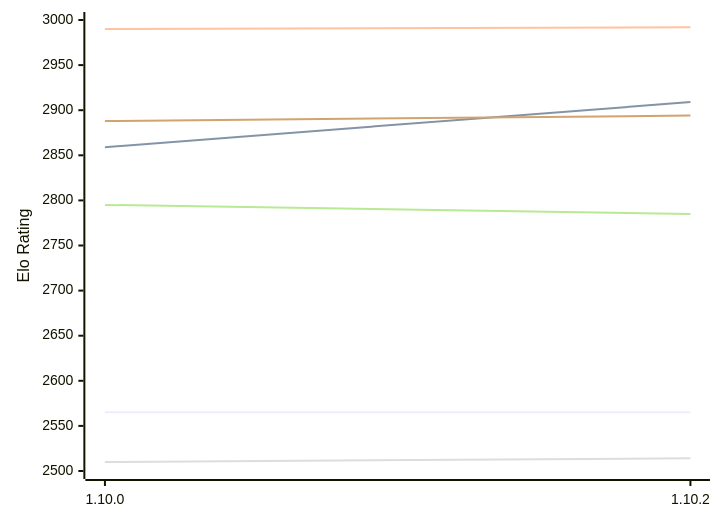
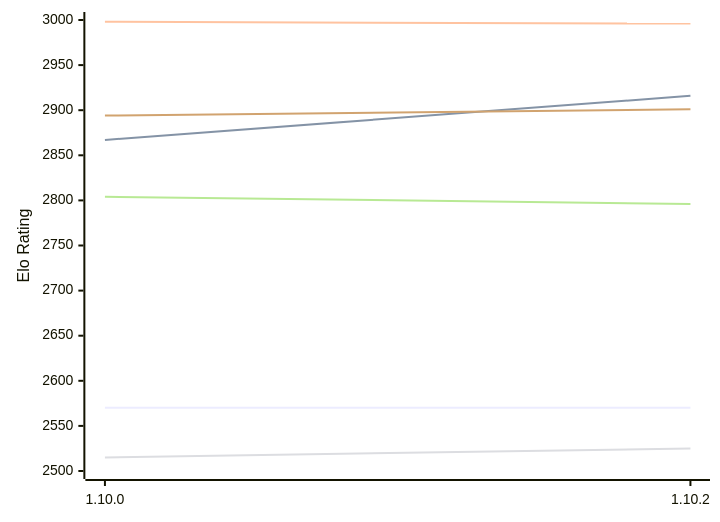
The first of 2 diagrams in engines/Basilisk.md (computer-chess-index/cci), drawn with Mermaid before and after one commit. The commit also changed other lines of this file, not shown here.

Commit message:
Update CCI Ratings (ELO VLTC) - 2026-11-16

````diff
--- a/engines/Basilisk.md
+++ b/engines/Basilisk.md
@@ -61,12 +61,12 @@
 ```mermaid
 %%{init: {"theme":"base","themeVariables":{"seriesColors:['#a3a3a3','#222221','#faa371']}}}%%
 xychart-beta
   x-axis ["1.10.0", "1.10.2"]
   y-axis "Elo Rating" 2500 --> 3000
-  line "E1: STC (8.0+0.08s)" [2565, 2565]
-  line "E1: LTC (60.0+0.60s)" [2859, 2909]
-  line "E1: VLTC (2m24s+1.12s)" [2990, 2992]
-  line "P1: STC (8.0+0.08s)" [2510, 2514]
-  line "P1: LTC (60.0+0.60s)" [2795, 2785]
-  line "P1: VLTC (2m24s+1.12s)" [2888, 2894]
+  line "E1: STC (8.0+0.08s)" [2570, 2570]
+  line "E1: LTC (60.0+0.60s)" [2867, 2916]
+  line "E1: VLTC (2m24s+1.12s)" [2998, 2996]
+  line "P1: STC (8.0+0.08s)" [2515, 2525]
+  line "P1: LTC (60.0+0.60s)" [2804, 2796]
+  line "P1: VLTC (2m24s+1.12s)" [2894, 2901]
 ```
````
